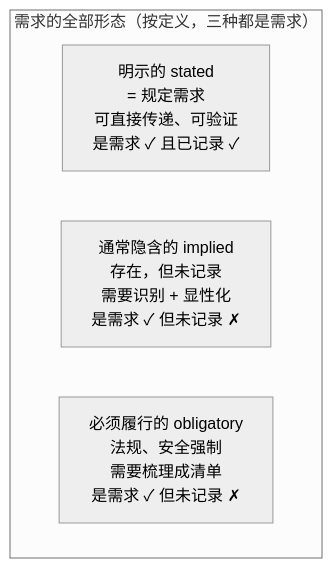
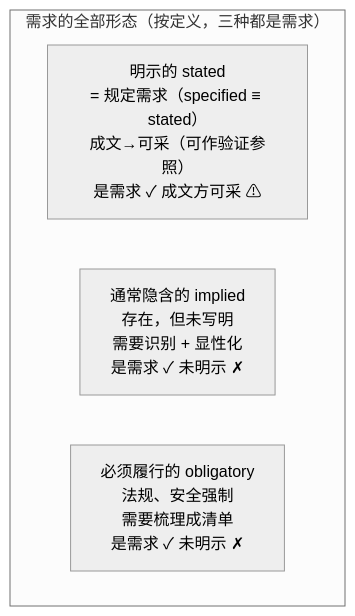
Before and after one commit to Yongjunzhou/AOS-system-design: the tenth of 21 diagrams in 100-subprojects/01-系统工程研究/00-系统工程相关研究报告/03-评审概念研究报告-从评审定义到需求管理.md, drawn with Mermaid (neutral theme). The commit also changed other lines of this file and 21 other files, not shown here.

````diff
--- a/100-subprojects/01-系统工程研究/00-系统工程相关研究报告/03-评审概念研究报告-从评审定义到需求管理.md
+++ b/100-subprojects/01-系统工程研究/00-系统工程相关研究报告/03-评审概念研究报告-从评审定义到需求管理.md
@@ -479,9 +502,9 @@
 ```mermaid
 flowchart LR
     subgraph 全部["需求的全部形态（按定义，三种都是需求）"]
         direction LR
-        A["明示的 stated<br/>= 规定需求<br/>可直接传递、可验证<br/>是需求 ✓ 且已记录 ✓"]
-        B["通常隐含的 implied<br/>存在，但未记录<br/>需要识别 + 显性化<br/>是需求 ✓ 但未记录 ✗"]
-        C["必须履行的 obligatory<br/>法规、安全强制<br/>需要梳理成清单<br/>是需求 ✓ 但未记录 ✗"]
+        A["明示的 stated<br/>= 规定需求（specified ≡ stated）<br/>成文→可采（可作验证参照）<br/>是需求 ✓ 成文方可采 ⚠"]
+        B["通常隐含的 implied<br/>存在，但未写明<br/>需要识别 + 显性化<br/>是需求 ✓ 未明示 ✗"]
+        C["必须履行的 obligatory<br/>法规、安全强制<br/>需要梳理成清单<br/>是需求 ✓ 未明示 ✗"]
     end
 ```
````
